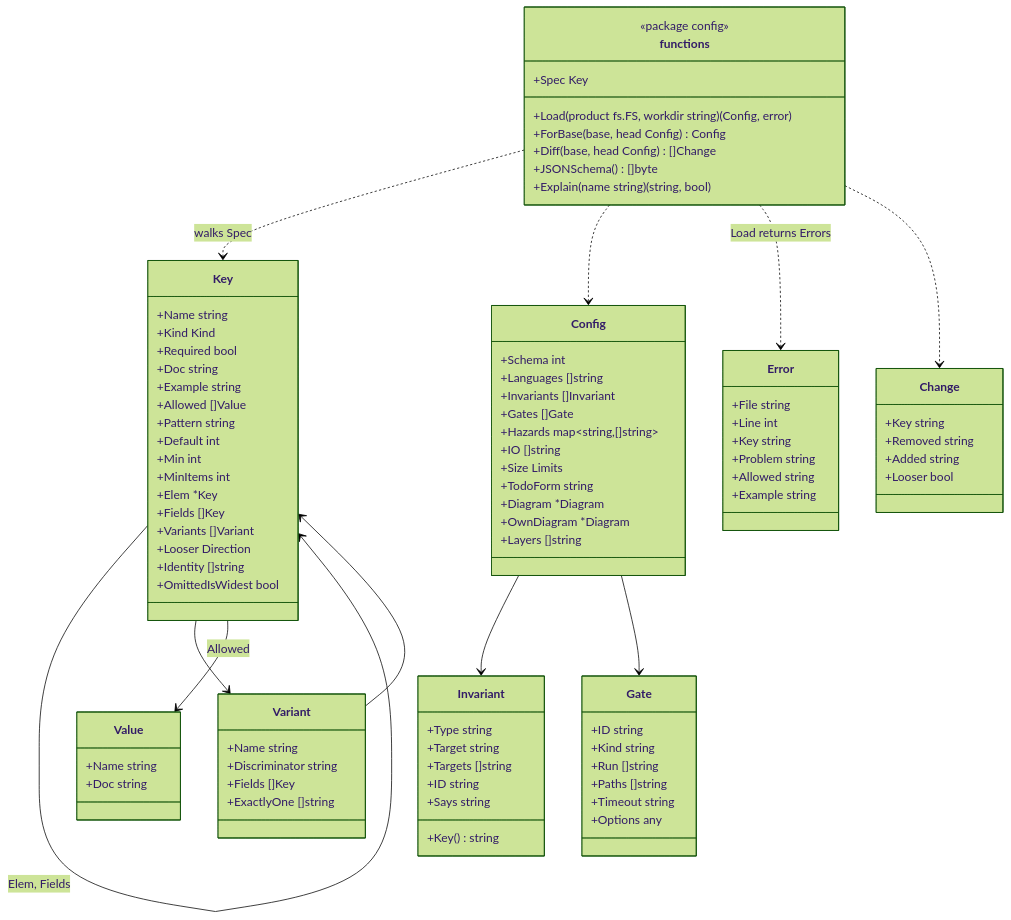
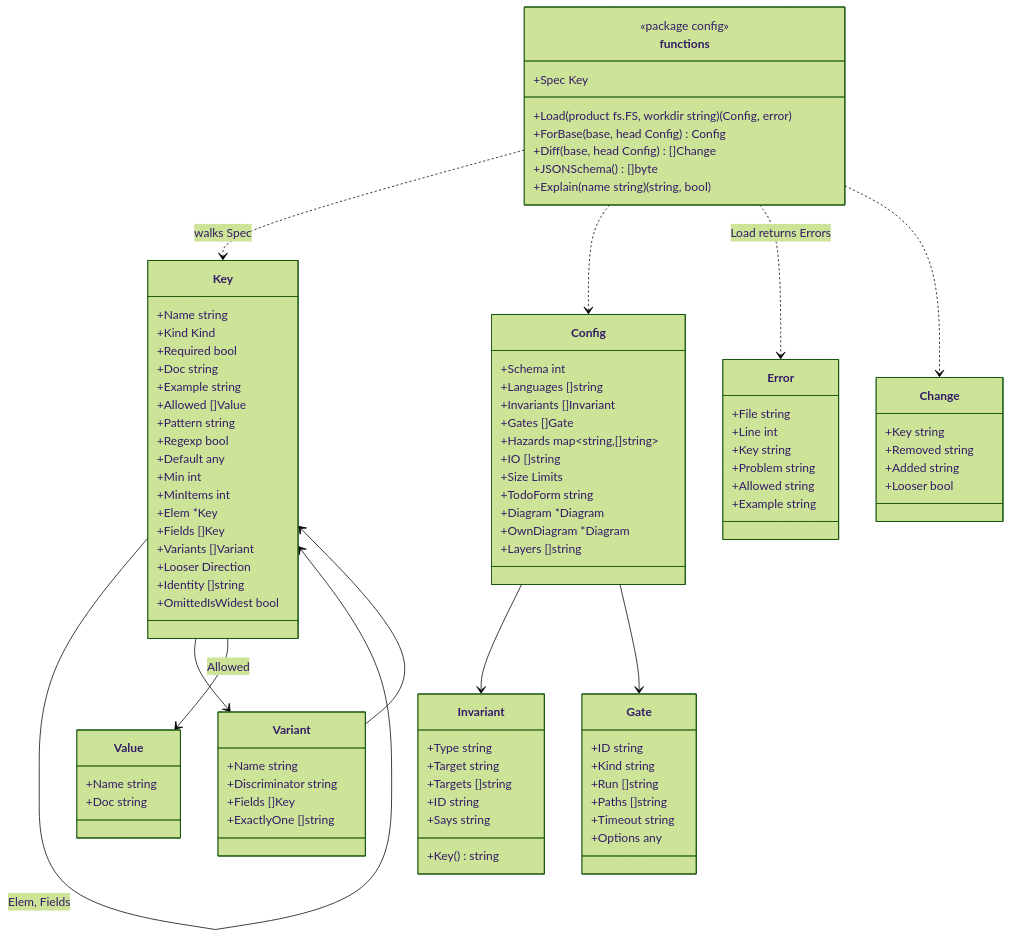
One commit to rerorets/hadome changed the diagram in docs/design/configuration.md. Above: the diagram before and after it, drawn with Mermaid (forest theme). The commit also changed other lines of this file and 39 other files, not shown here.

```diff
--- a/docs/design/configuration.md
+++ b/docs/design/configuration.md
@@ -140,7 +140,8 @@
     +Example string
     +Allowed []Value
     +Pattern string
-    +Default int
+    +Regexp bool
+    +Default any
     +Min int
     +MinItems int
     +Elem *Key
```
